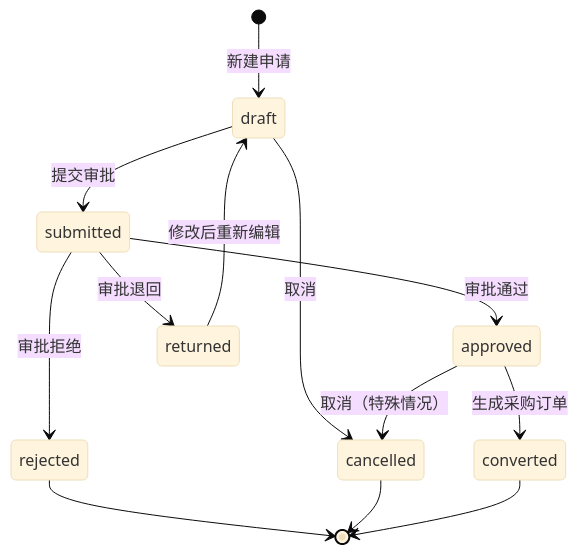
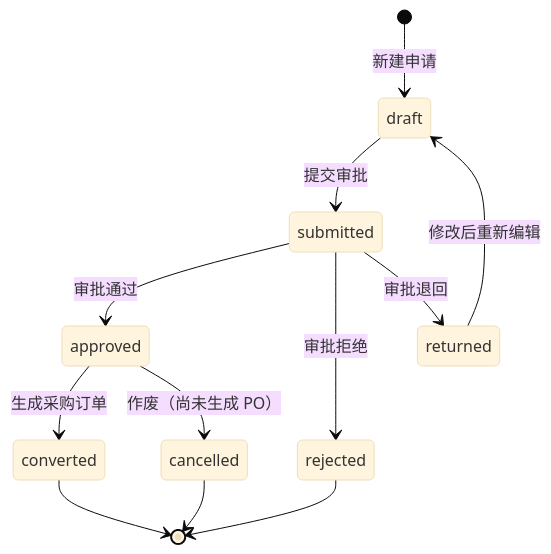
One commit to helixzz/mica changed the second of 6 diagrams in docs/user-manual/02-global-workflow.md. Above: the diagram before and after it, drawn with Mermaid (base theme). The commit also changed 3 other files, not shown here.

````diff
--- a/docs/user-manual/02-global-workflow.md
+++ b/docs/user-manual/02-global-workflow.md
@@ -53,16 +53,15 @@
 ```mermaid
 stateDiagram-v2
     [*] --> draft: 新建申请
     draft --> submitted: 提交审批
-    draft --> cancelled: 取消
     submitted --> approved: 审批通过
     submitted --> rejected: 审批拒绝
     submitted --> returned: 审批退回
     returned --> draft: 修改后重新编辑
     approved --> converted: 生成采购订单
-    approved --> cancelled: 取消（特殊情况）
+    approved --> cancelled: 作废（尚未生成 PO）
 
     rejected --> [*]
     cancelled --> [*]
     converted --> [*]
 ```
````
